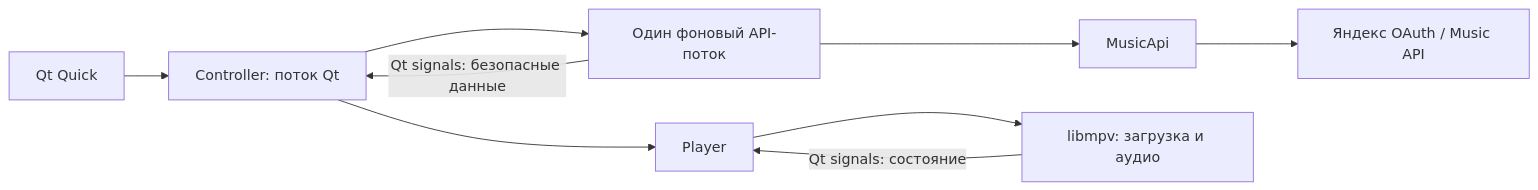
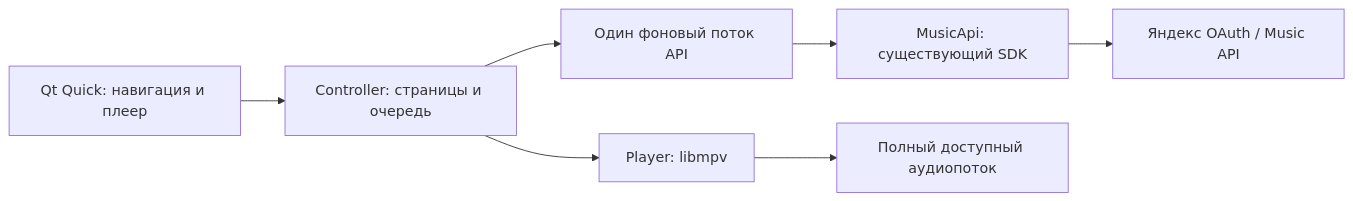
One commit to zinverno/yanjaro changed the diagram in README.md. Above: the diagram before and after it, drawn with Mermaid. The commit also changed other lines of this file and 19 other files, not shown here.

````diff
--- a/README.md
+++ b/README.md
@@ -55,11 +56,9 @@
 ```mermaid
 flowchart LR
-    QML[Qt Quick] --> C[Controller: поток Qt]
-    C --> W[Один фоновый API-поток]
-    W --> API[MusicApi]
+    UI[Qt Quick: навигация и плеер] --> C[Controller: страницы и очередь]
+    C --> W[Один фоновый поток API]
+    W --> API[MusicApi: существующий SDK]
+    C --> P[Player: libmpv]
     API --> Y[Яндекс OAuth / Music API]
-    C --> P[Player]
-    P --> MPV[libmpv: загрузка и аудио]
-    W -->|Qt signals: безопасные данные| C
-    MPV -->|Qt signals: состояние| P
+    P --> CDN[Полный доступный аудиопоток]
 ```
````
